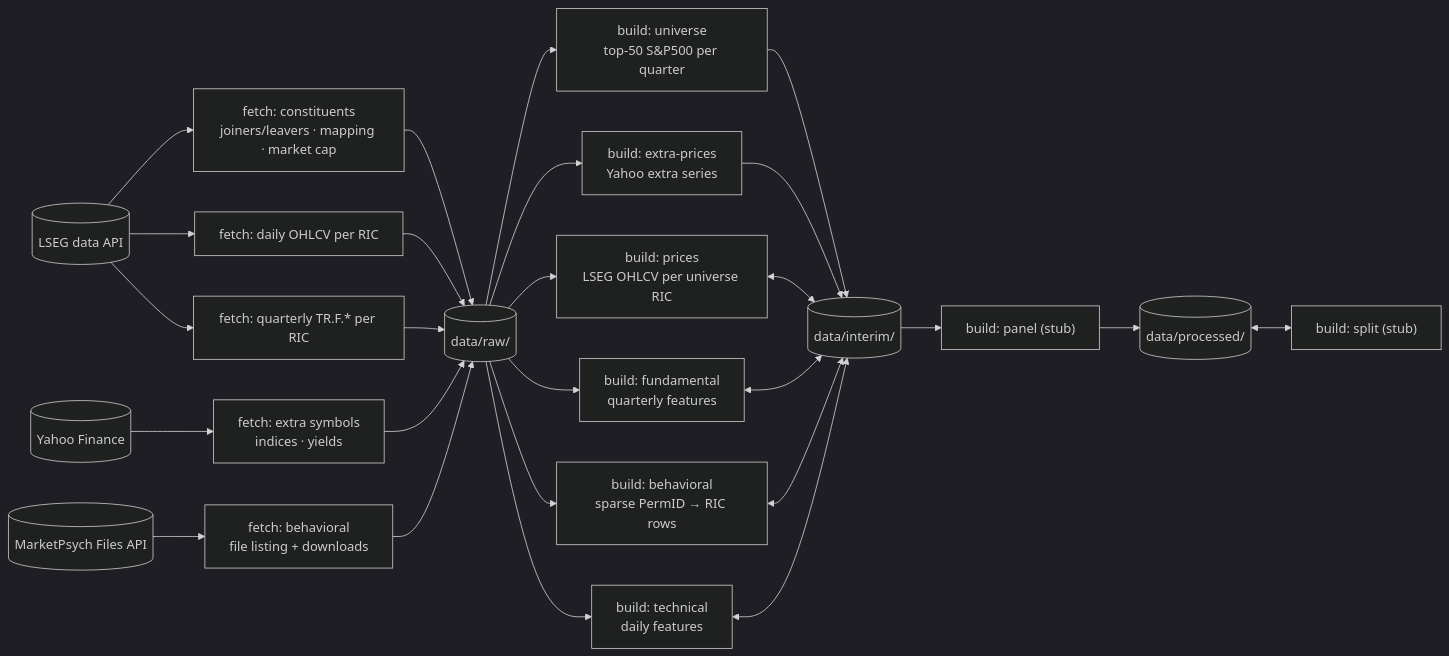
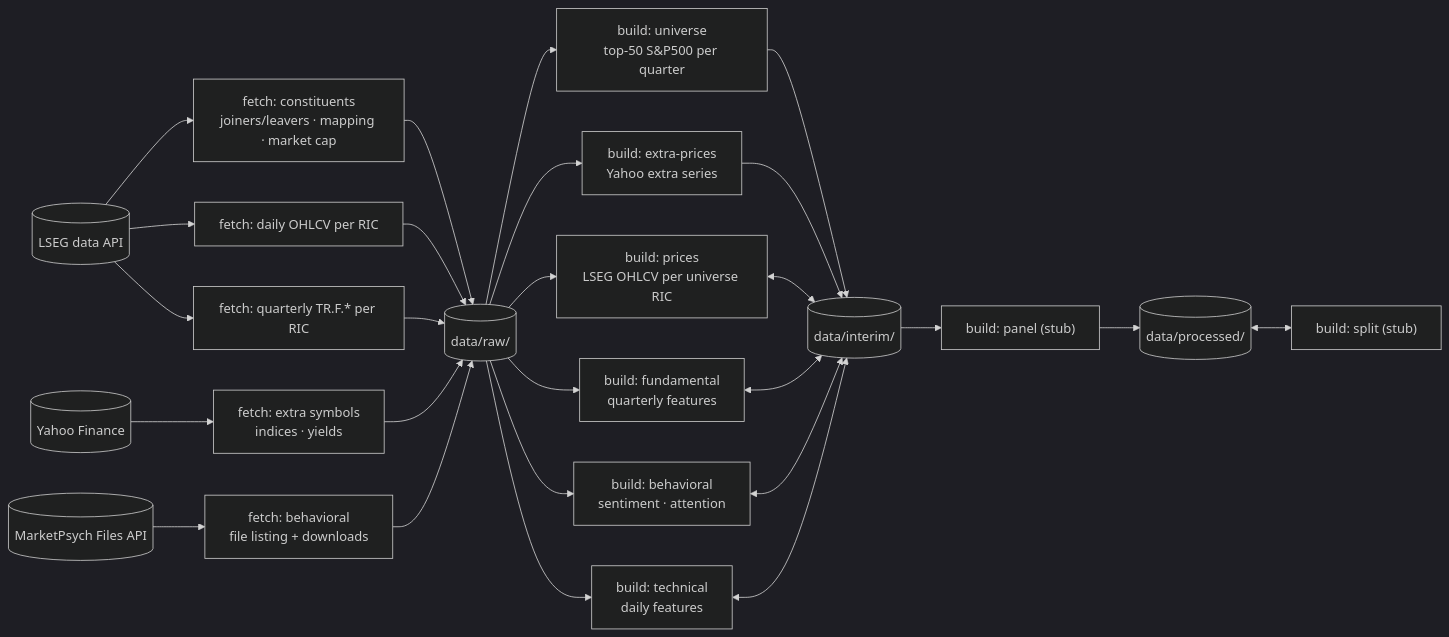
The diagram in docs/data.md (life00/factor-weaver), drawn with Mermaid (dark theme) before and after one commit. The commit also changed other lines of this file and 1 other file, not shown here.

Commit message:
docs: describe behavioral feature build

````diff
--- a/docs/data.md
+++ b/docs/data.md
@@ -26,28 +26,28 @@
 ```mermaid
 flowchart LR
   lseg[("LSEG data API")] --> fetch_ref["fetch: constituents<br/>joiners/leavers · mapping · market cap"]
   lseg --> fetch_px["fetch: daily OHLCV per RIC"]
   lseg --> fetch_fund["fetch: quarterly TR.F.* per RIC"]
   yahoo[("Yahoo Finance")] --> fetch_yf["fetch: extra symbols<br/>indices · yields"]
   mpsych[("MarketPsych Files API")] --> fetch_mp["fetch: behavioral<br/>file listing + downloads"]
   fetch_ref --> raw[("data/raw/")]
   fetch_px --> raw
   fetch_fund --> raw
   fetch_yf --> raw
   fetch_mp --> raw
   raw --> univ["build: universe<br/>top-50 S&P500 per quarter"]
   raw --> bprices["build: prices<br/>LSEG OHLCV per universe RIC"]
   raw --> bextra["build: extra-prices<br/>Yahoo extra series"]
   raw --> bfund["build: fundamental<br/>quarterly features"]
-  raw --> bbeh["build: behavioral<br/>sparse PermID → RIC rows"]
+  raw --> bbeh["build: behavioral<br/>sentiment · attention"]
   raw --> tech["build: technical<br/>daily features"]
   univ --> interim[("data/interim/")]
   bextra --> interim
   bprices <--> interim
   bfund <--> interim
   bbeh <--> interim
   tech <--> interim
   interim --> panel["build: panel (stub)"]
   panel --> processed[("data/processed/")]
   processed <--> split["build: split (stub)"]
 ```
````
